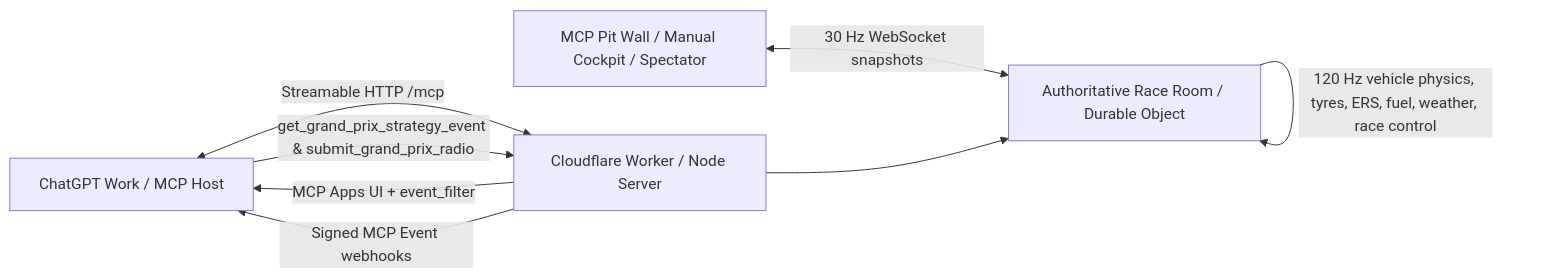
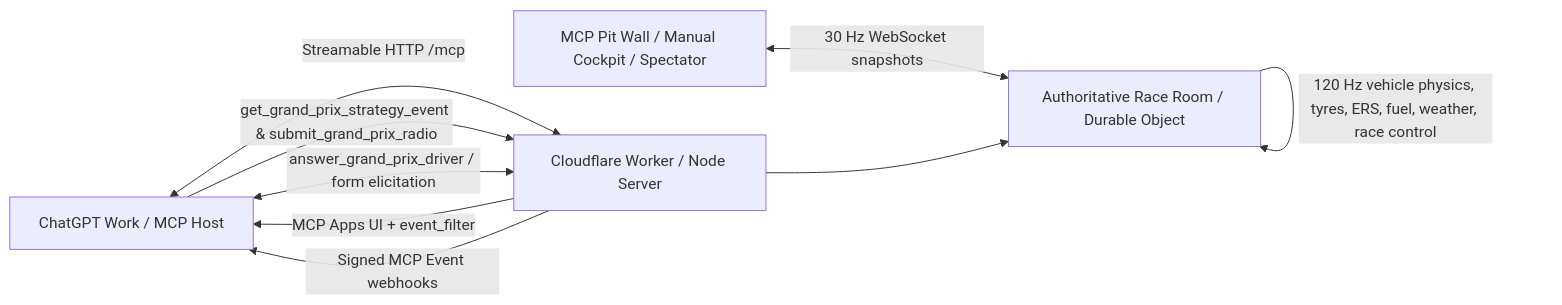
One commit to infoxicator/mcp-events-grand-prix changed the diagram in README.md. Above: the diagram before and after it, drawn with Mermaid. The commit also changed other lines of this file and 21 other files, not shown here.

Commit message:
Add driver-to-strategist team radio with MCP elicitation

````diff
--- a/README.md
+++ b/README.md
@@ -18,10 +18,11 @@
 ```mermaid
 flowchart LR
     C[ChatGPT Work / MCP Host] <-->|Streamable HTTP /mcp| W[Cloudflare Worker / Node Server]
     W -->|MCP Apps UI + event_filter| C
     W -->|Signed MCP Event webhooks| C
     C -->|get_grand_prix_strategy_event & submit_grand_prix_radio| W
+    C <-->|answer_grand_prix_driver / form elicitation| W
     A[MCP Pit Wall / Manual Cockpit / Spectator] <-->|30 Hz WebSocket snapshots| R[Authoritative Race Room / Durable Object]
     W --> R
     R -->|120 Hz vehicle physics, tyres, ERS, fuel, weather, race control| R
 ```
````
